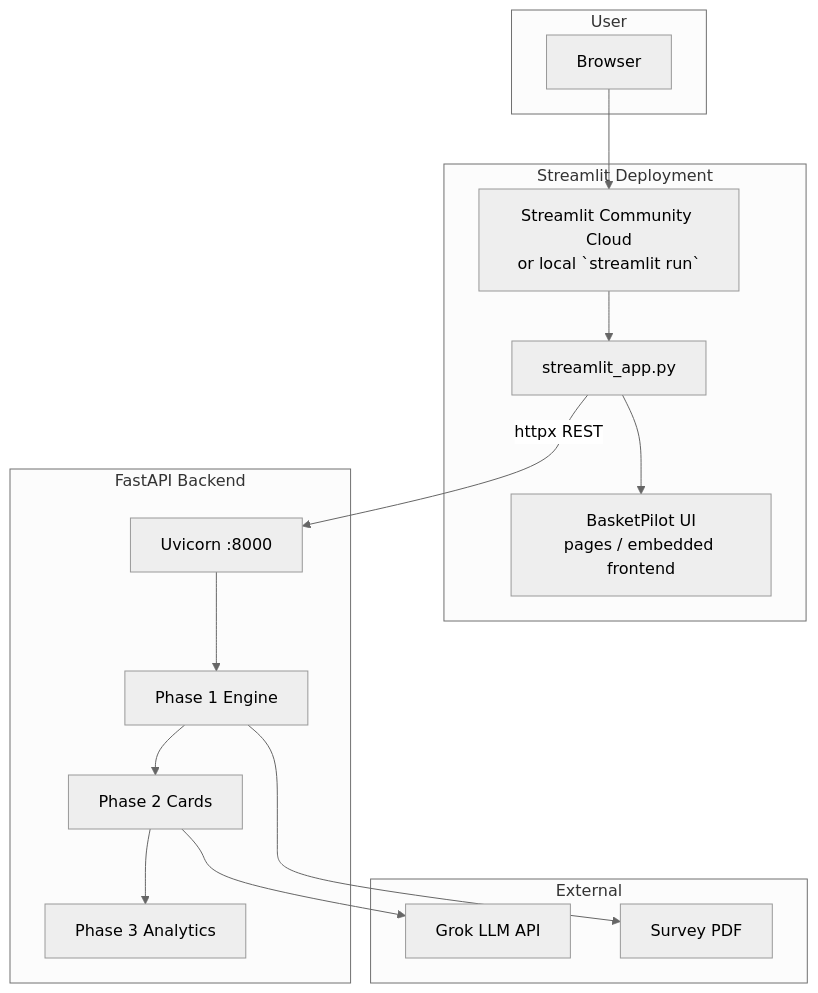
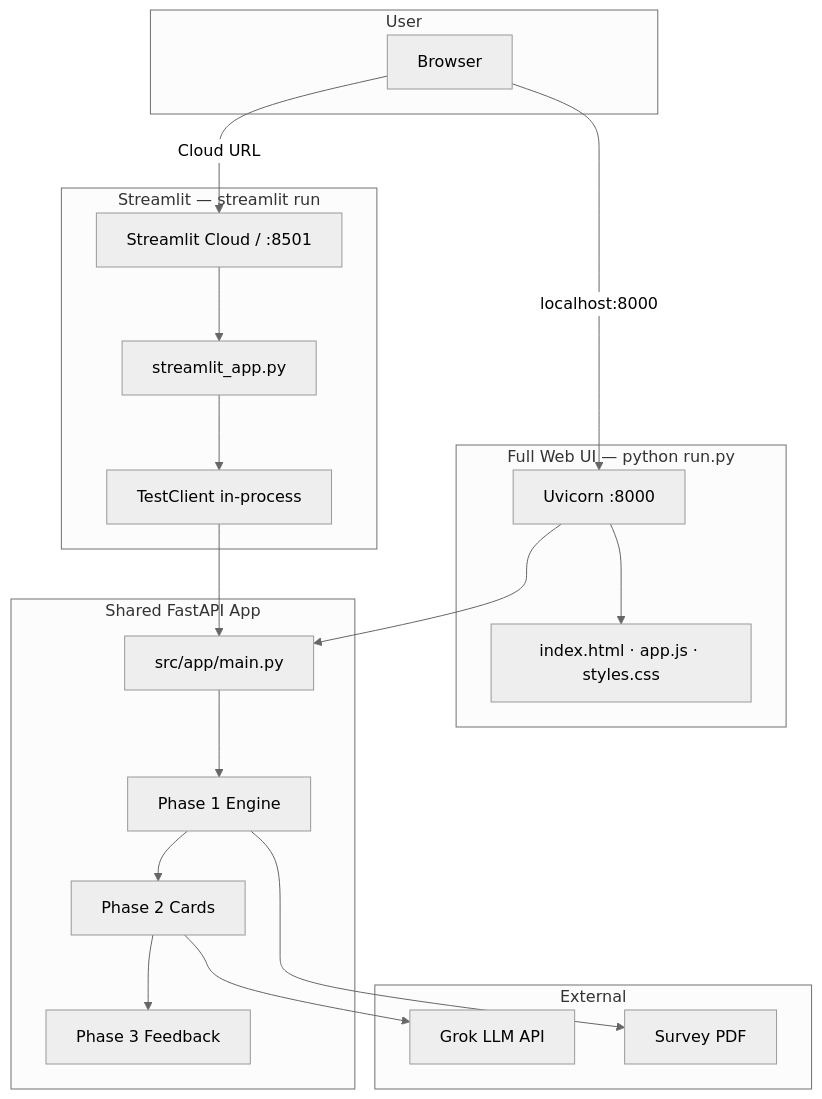
One commit to saurabhbhatia05/instamart-newCategory_pilot changed the seventh of 8 diagrams in docs/architecture.md. Above: the diagram before and after it, drawn with Mermaid (neutral theme). The commit also changed other lines of this file and 7 other files, not shown here.

Commit message:
Fix Streamlit Cloud deploy, refresh web UI layout, and update deployment docs.

````diff
--- a/docs/architecture.md
+++ b/docs/architecture.md
@@ -625,31 +634,38 @@
 ```mermaid
 flowchart TB
     subgraph User
         B[Browser]
     end
 
-    subgraph StreamlitDeploy["Streamlit Deployment"]
-        SC[Streamlit Community Cloud<br/>or local `streamlit run`]
-        APP[streamlit_app.py]
-        UI[BasketPilot UI<br/>pages / embedded frontend]
+    subgraph WebUI["Full Web UI — python run.py"]
+        UV[Uvicorn :8000]
+        FE[index.html · app.js · styles.css]
     end
 
-    subgraph Backend["FastAPI Backend"]
-        API[Uvicorn :8000]
+    subgraph StreamlitDeploy["Streamlit — streamlit run"]
+        SC[Streamlit Cloud / :8501]
+        STAPP[streamlit_app.py]
+        TC[TestClient in-process]
+    end
+
+    subgraph Engine["Shared FastAPI App"]
+        APP[src/app/main.py]
         P1[Phase 1 Engine]
         P2[Phase 2 Cards]
-        P3[Phase 3 Analytics]
+        P3[Phase 3 Feedback]
     end
 
     subgraph External
         GROK[Grok LLM API]
         PDF[Survey PDF]
     end
 
-    B --> SC
-    SC --> APP --> UI
-    APP -->|httpx REST| API
-    API --> P1 --> P2 --> P3
+    B -->|localhost:8000| UV
+    UV --> FE
+    UV --> APP
+    B -->|Cloud URL| SC
+    SC --> STAPP --> TC --> APP
+    APP --> P1 --> P2 --> P3
     P2 --> GROK
     P1 --> PDF
 ```
````
